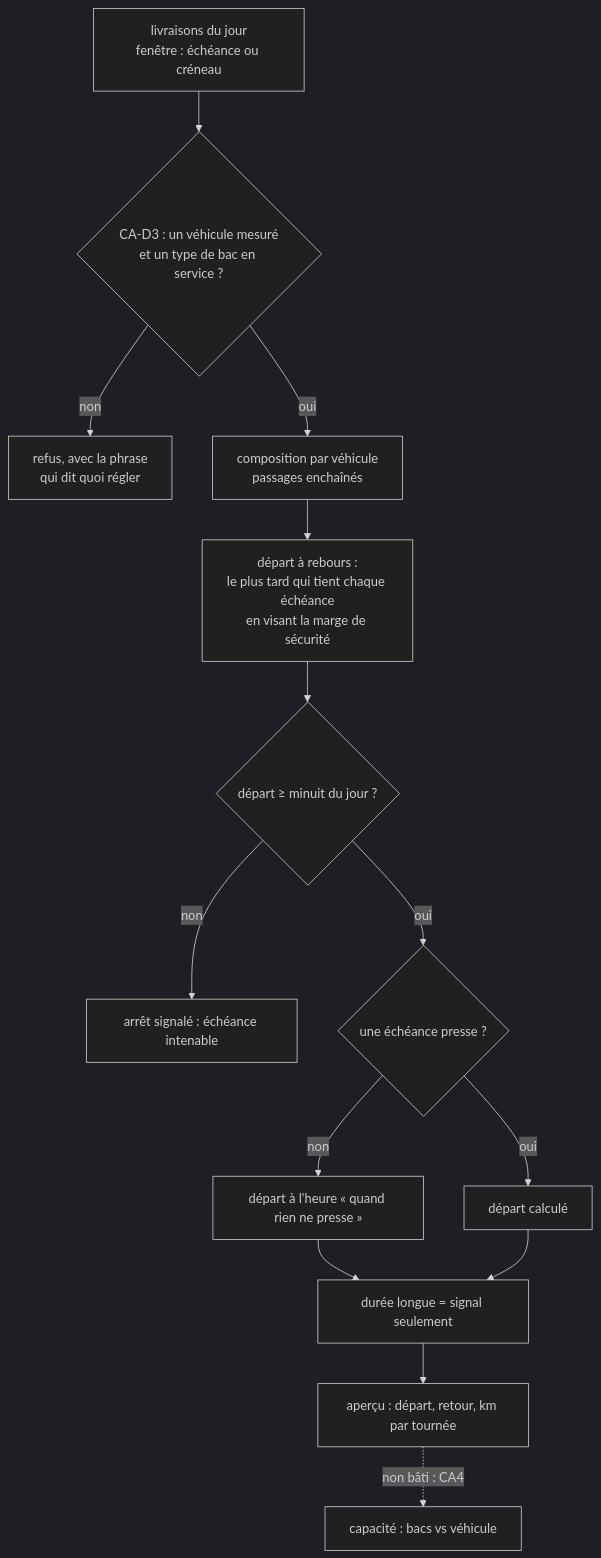
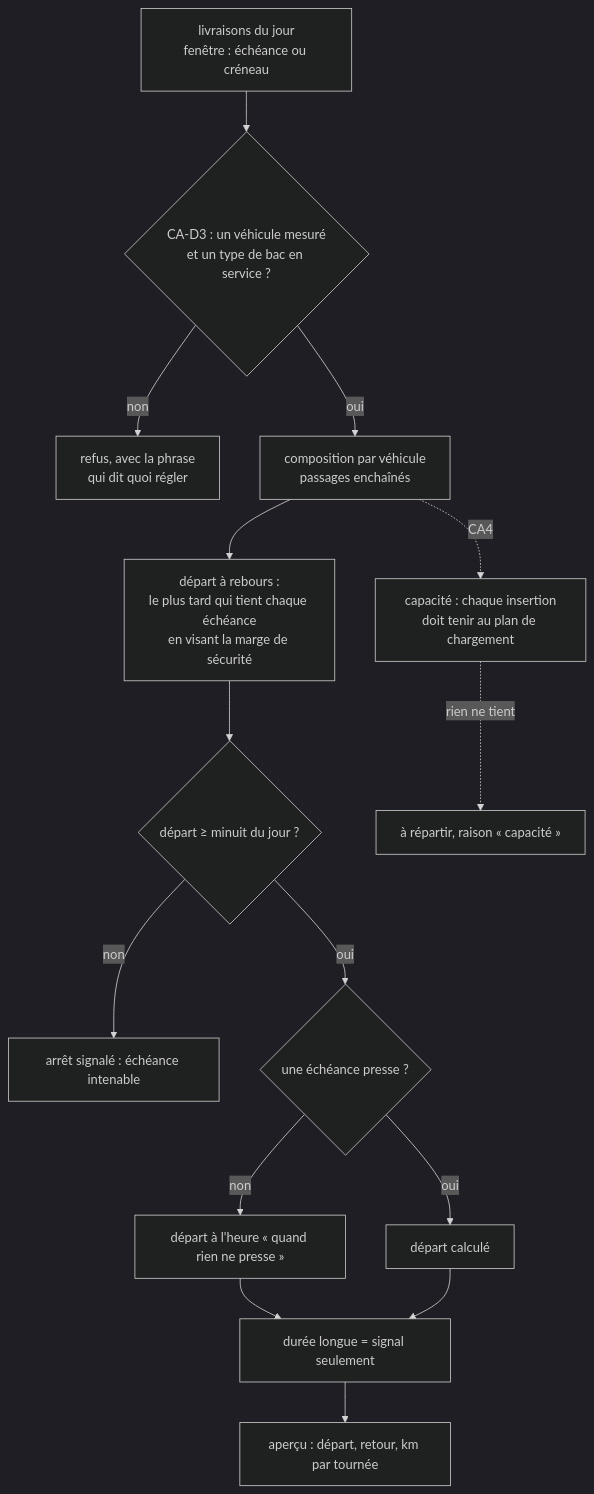
Before and after one commit to hugoheynard/lfd: the third of 3 diagrams in documentation/livraisons/composition-automatique.md, drawn with Mermaid (dark theme). The commit also changed other lines of this file and 38 other files, not shown here.

````diff
--- a/documentation/livraisons/composition-automatique.md
+++ b/documentation/livraisons/composition-automatique.md
@@ -126,16 +126,17 @@
 ```mermaid
 flowchart TD
     A[livraisons du jour<br/>fenêtre : échéance ou créneau] --> B{CA-D3 : un véhicule mesuré<br/>et un type de bac en service ?}
     B -- non --> R[refus, avec la phrase<br/>qui dit quoi régler]
     B -- oui --> C[composition par véhicule<br/>passages enchaînés]
     C --> D[départ à rebours :<br/>le plus tard qui tient chaque échéance<br/>en visant la marge de sécurité]
     D --> E{départ ≥ minuit du jour ?}
     E -- non --> F[arrêt signalé : échéance intenable]
     E -- oui --> G{une échéance presse ?}
     G -- non --> H[départ à l'heure « quand rien ne presse »]
     G -- oui --> I[départ calculé]
     H --> J[durée longue = signal seulement]
     I --> J
     J --> K[aperçu : départ, retour, km par tournée]
-    K -.->|non bâti : CA4| L[capacité : bacs vs véhicule]
+    C -.->|CA4| L[capacité : chaque insertion<br/>doit tenir au plan de chargement]
+    L -.->|rien ne tient| M[à répartir, raison « capacité »]
 ```
````
